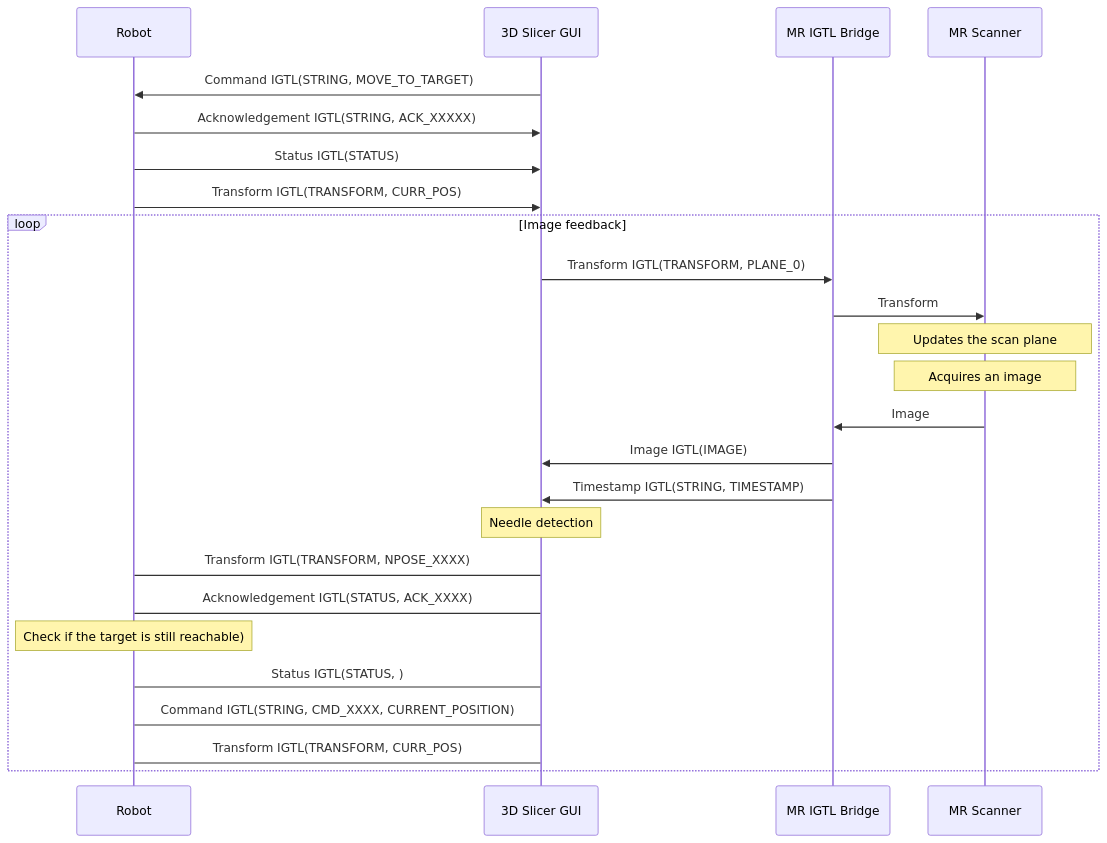
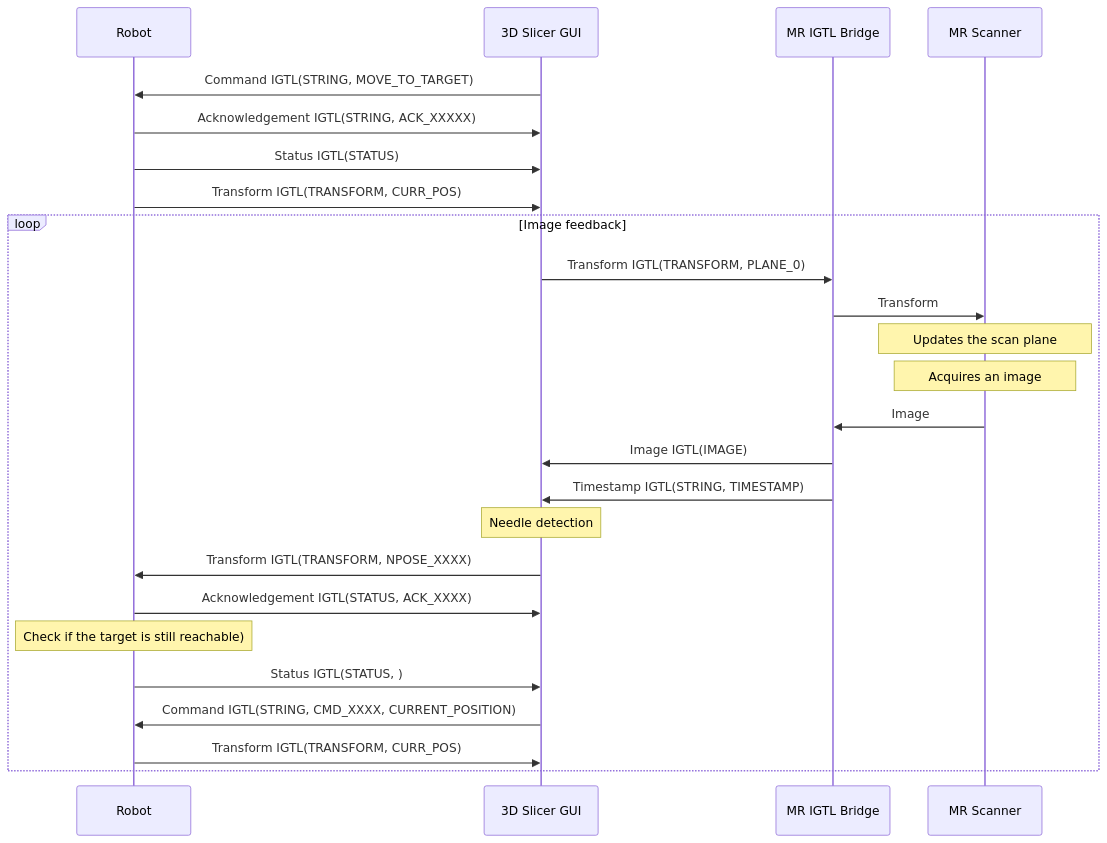
One commit to ProstateBRP/BRPRobot2021 changed the sixth of 7 diagrams in README.md. Above: the diagram before and after it, drawn with Mermaid.

````diff
--- a/README.md
+++ b/README.md
@@ -235,32 +235,32 @@
 ```mermaid
 sequenceDiagram
 
 participant R as Robot
 participant SGUI as 3D Slicer GUI
 participant MRIGTL  as MR IGTL Bridge
 participant MRS as MR Scanner
 
 SGUI->>R:Command IGTL(STRING, MOVE_TO_TARGET)
 R->>SGUI:Acknowledgement IGTL(STRING, ACK_XXXXX)
 R->>SGUI:Status IGTL(STATUS)
 R->>SGUI:Transform IGTL(TRANSFORM, CURR_POS)
 
 loop Image feedback
 SGUI->>MRIGTL:Transform IGTL(TRANSFORM, PLANE_0)
 MRIGTL->>MRS:Transform
 note over MRS:⠀⠀⠀Updates the scan plane⠀⠀⠀
 note over MRS:⠀⠀⠀Acquires an image⠀⠀⠀
 MRS->>MRIGTL:Image
 MRIGTL->>SGUI:Image IGTL(IMAGE)
 MRIGTL->>SGUI:Timestamp IGTL(STRING, TIMESTAMP)
 note over SGUI: Needle detection
 
-SGUI->R: Transform IGTL(TRANSFORM, NPOSE_XXXX)
-R->SGUI: Acknowledgement IGTL(STATUS, ACK_XXXX)
+SGUI->>R: Transform IGTL(TRANSFORM, NPOSE_XXXX)
+R->>SGUI: Acknowledgement IGTL(STATUS, ACK_XXXX)
 note over R: Check if the target is still reachable)
-R->SGUI: Status IGTL(STATUS, )
+R->>SGUI: Status IGTL(STATUS, )
 
-SGUI->R: Command IGTL(STRING, CMD_XXXX, CURRENT_POSITION)
-R->SGUI: Transform IGTL(TRANSFORM, CURR_POS)
+SGUI->>R: Command IGTL(STRING, CMD_XXXX, CURRENT_POSITION)
+R->>SGUI: Transform IGTL(TRANSFORM, CURR_POS)
 end
 ```
````
